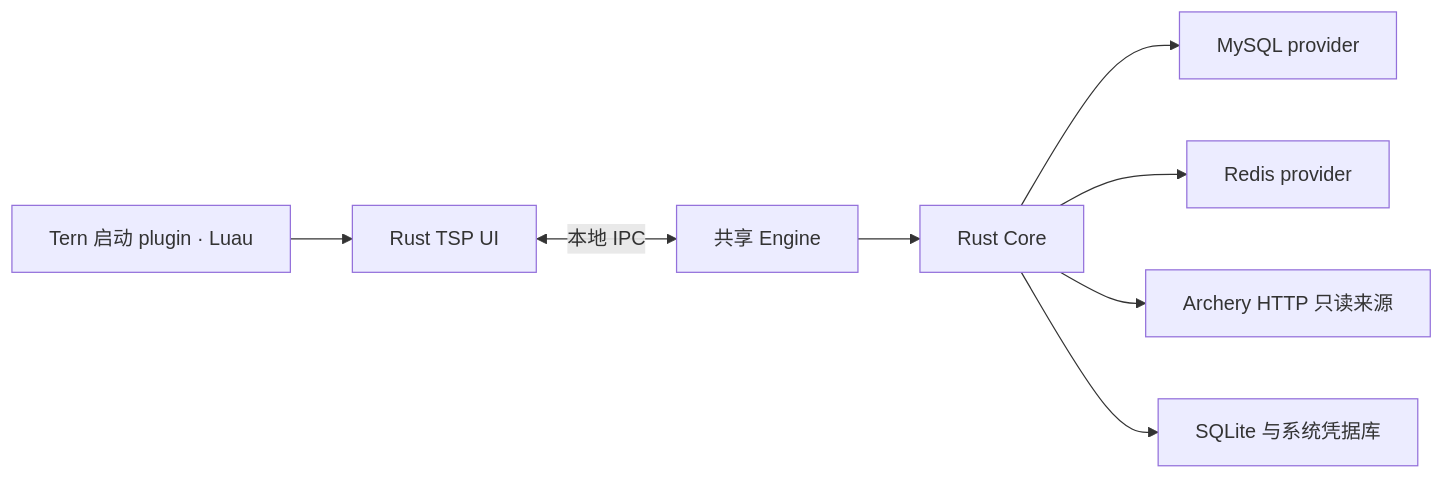
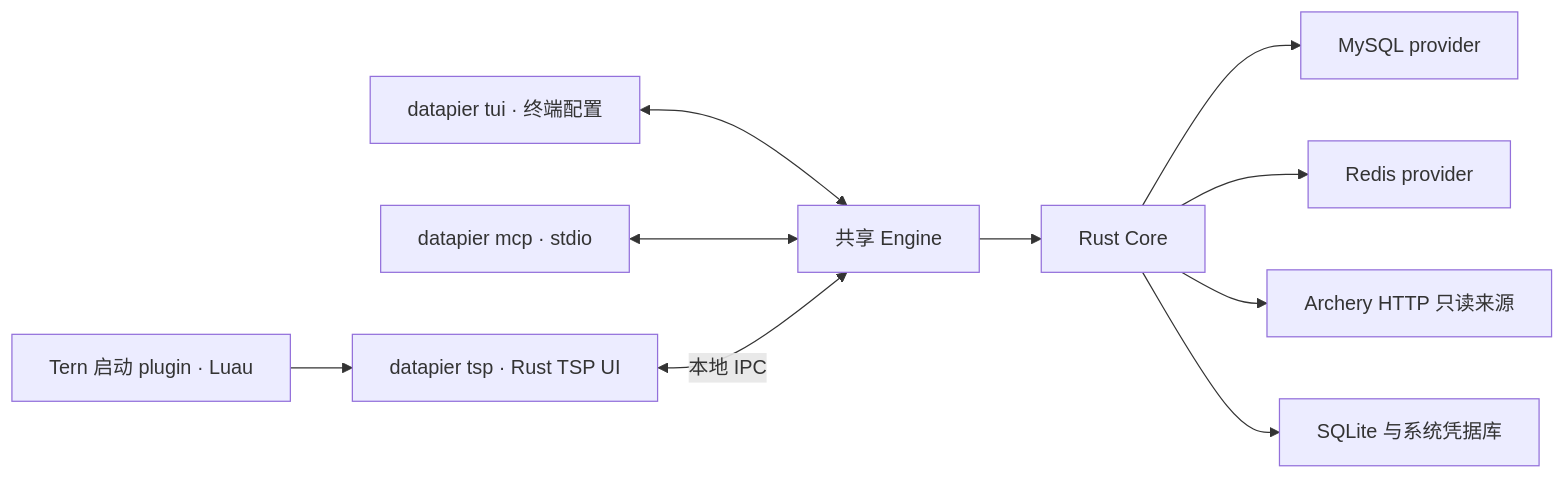
The diagram in README.md (huspx/datapier), drawn with Mermaid before and after one commit. The commit also changed other lines of this file and 166 other files, not shown here.

````diff
--- a/README.md
+++ b/README.md
@@ -75,10 +95,12 @@
 ```mermaid
 flowchart LR
-    P["Tern 启动 plugin · Luau"] --> U["Rust TSP UI"]
-    U <-->|本地 IPC| E["共享 Engine"]
+    P["Tern 启动 plugin · Luau"] --> U["datapier tsp · Rust TSP UI"]
+    T["datapier tui · 终端配置"] <--> E["共享 Engine"]
+    M["datapier mcp · stdio"] <--> E
+    U <-->|本地 IPC| E
     E --> C["Rust Core"]
     C --> MY["MySQL provider"]
     C --> RE["Redis provider"]
     C --> AR["Archery HTTP 只读来源"]
     C --> S["SQLite 与系统凭据库"]
 ```
````
